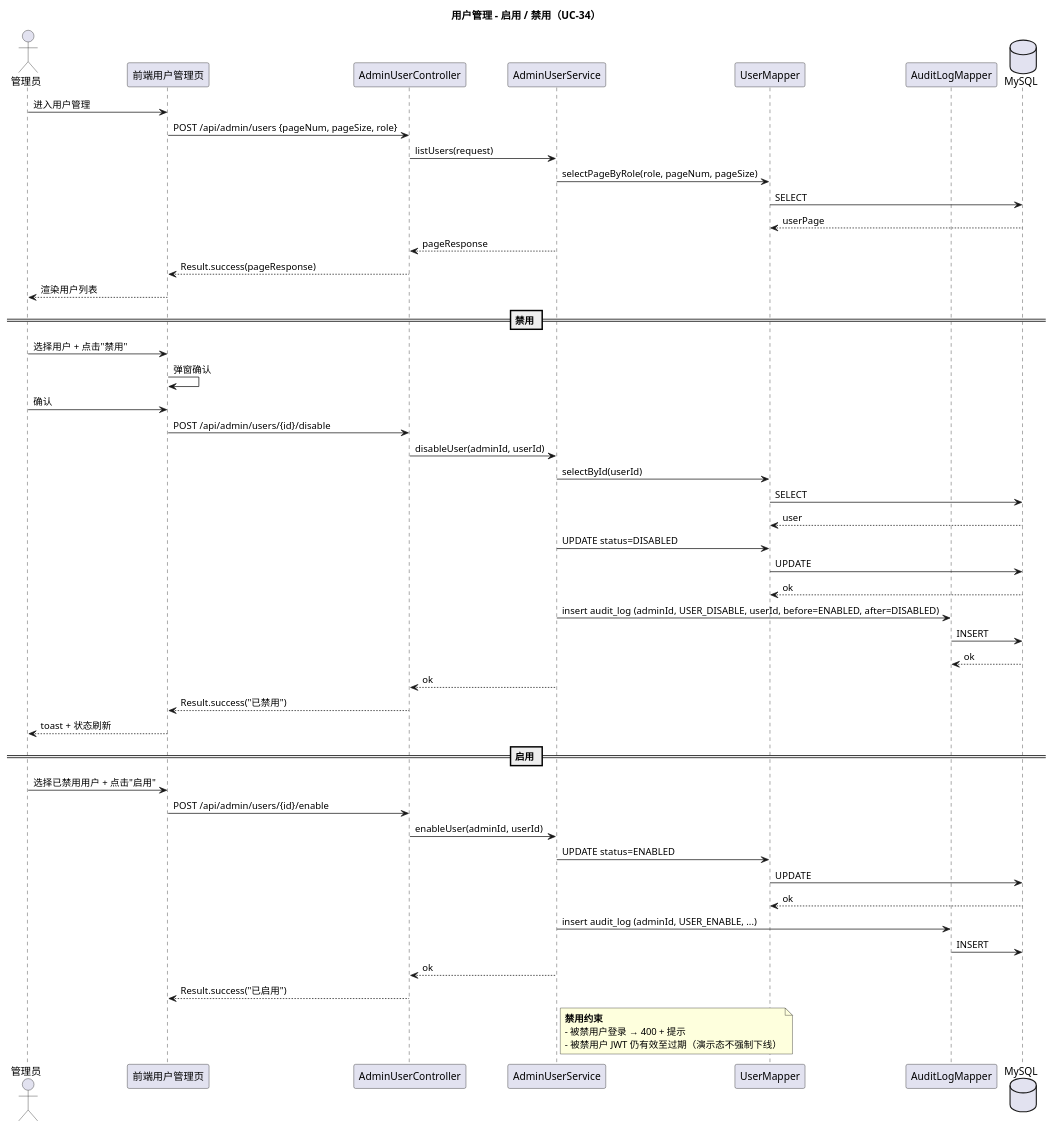
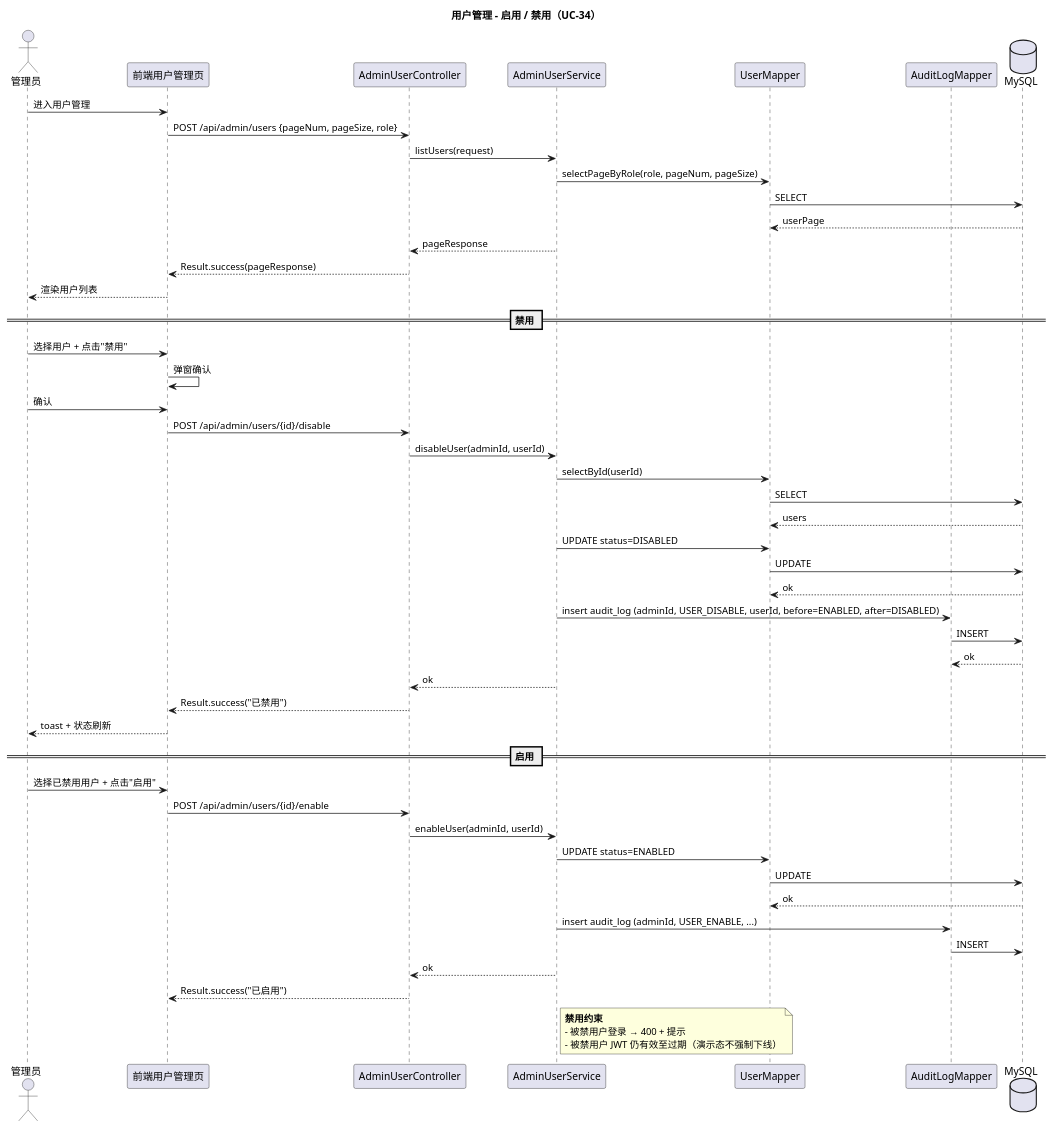
Before and after one commit to wendy-zw-yang/recruitment_system: the first of 5 diagrams in docs/系统设计/详细设计/管理员.md, drawn with PlantUML. The commit also changed other lines of this file and 166 other files, not shown here.

````diff
--- a/docs/系统设计/详细设计/管理员.md
+++ b/docs/系统设计/详细设计/管理员.md
@@ -148,61 +148,61 @@
 ```plantuml
 @startuml
 title 用户管理 - 启用 / 禁用（UC-34）
 
 actor 管理员
 participant "前端用户管理页" as FE
 participant "AdminUserController" as Ctl
 participant "AdminUserService" as Svc
 participant "UserMapper" as UM
 participant "AuditLogMapper" as ALM
 database "MySQL" as DB
 
 管理员 -> FE: 进入用户管理
 FE -> Ctl: POST /api/admin/users {pageNum, pageSize, role}
 Ctl -> Svc: listUsers(request)
 Svc -> UM: selectPageByRole(role, pageNum, pageSize)
 UM -> DB: SELECT
 DB --> UM: userPage
 Svc --> Ctl: pageResponse
 Ctl --> FE: Result.success(pageResponse)
 FE --> 管理员: 渲染用户列表
 
 == 禁用 ==
 管理员 -> FE: 选择用户 + 点击"禁用"
 FE -> FE: 弹窗确认
 管理员 -> FE: 确认
 FE -> Ctl: POST /api/admin/users/{id}/disable
 Ctl -> Svc: disableUser(adminId, userId)
 Svc -> UM: selectById(userId)
 UM -> DB: SELECT
-DB --> UM: user
+DB --> UM: users
 Svc -> UM: UPDATE status=DISABLED
 UM -> DB: UPDATE
 DB --> UM: ok
 Svc -> ALM: insert audit_log (adminId, USER_DISABLE, userId, before=ENABLED, after=DISABLED)
 ALM -> DB: INSERT
 DB --> ALM: ok
 Svc --> Ctl: ok
 Ctl --> FE: Result.success("已禁用")
 FE --> 管理员: toast + 状态刷新
 
 == 启用 ==
 管理员 -> FE: 选择已禁用用户 + 点击"启用"
 FE -> Ctl: POST /api/admin/users/{id}/enable
 Ctl -> Svc: enableUser(adminId, userId)
 Svc -> UM: UPDATE status=ENABLED
 UM -> DB: UPDATE
 DB --> UM: ok
 Svc -> ALM: insert audit_log (adminId, USER_ENABLE, ...)
 ALM -> DB: INSERT
 Svc --> Ctl: ok
 Ctl --> FE: Result.success("已启用")
 
 note right of Svc
   **禁用约束**
   - 被禁用户登录 → 400 + 提示
   - 被禁用户 JWT 仍有效至过期（演示态不强制下线）
 end note
 
 @enduml
 ```
````
